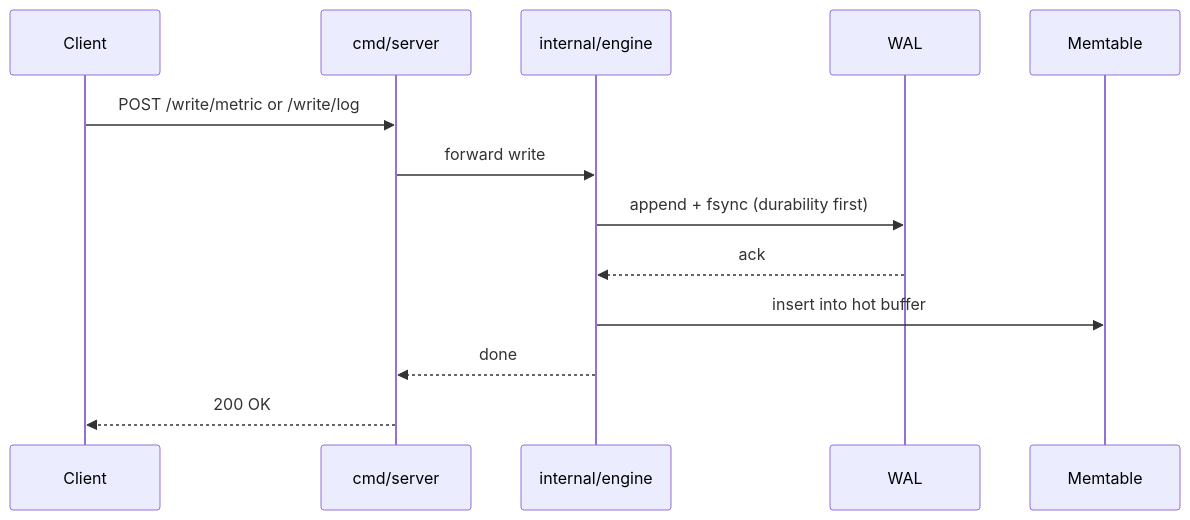
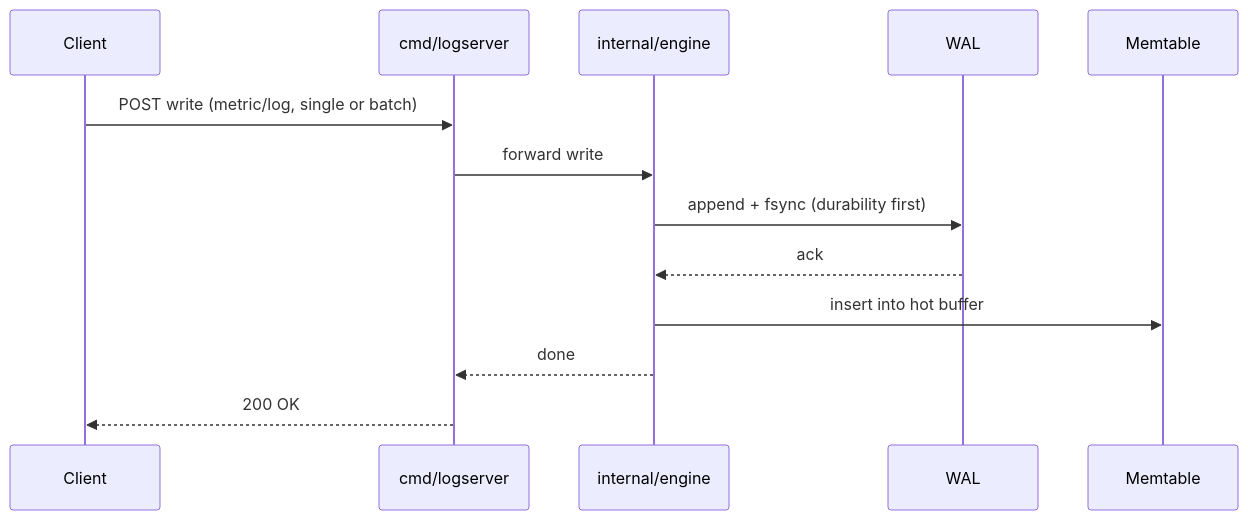
The second of 2 diagrams in README.md (BramVH98/downlink), drawn with Mermaid before and after one commit. The commit also changed other lines of this file, not shown here.

First line of the commit message:
Revise README with architecture and feature updates

````diff
--- a/README.md
+++ b/README.md
@@ -28,16 +29,16 @@
 ```mermaid
 sequenceDiagram
     participant Client
-    participant Server as cmd/server
+    participant Server as cmd/logserver
     participant Engine as internal/engine
     participant WAL
     participant Memtable
 
-    Client->>Server: POST /write/metric or /write/log
+    Client->>Server: POST write (metric/log, single or batch)
     Server->>Engine: forward write
     Engine->>WAL: append + fsync (durability first)
     WAL-->>Engine: ack
     Engine->>Memtable: insert into hot buffer
     Engine-->>Server: done
     Server-->>Client: 200 OK
 ```
````
